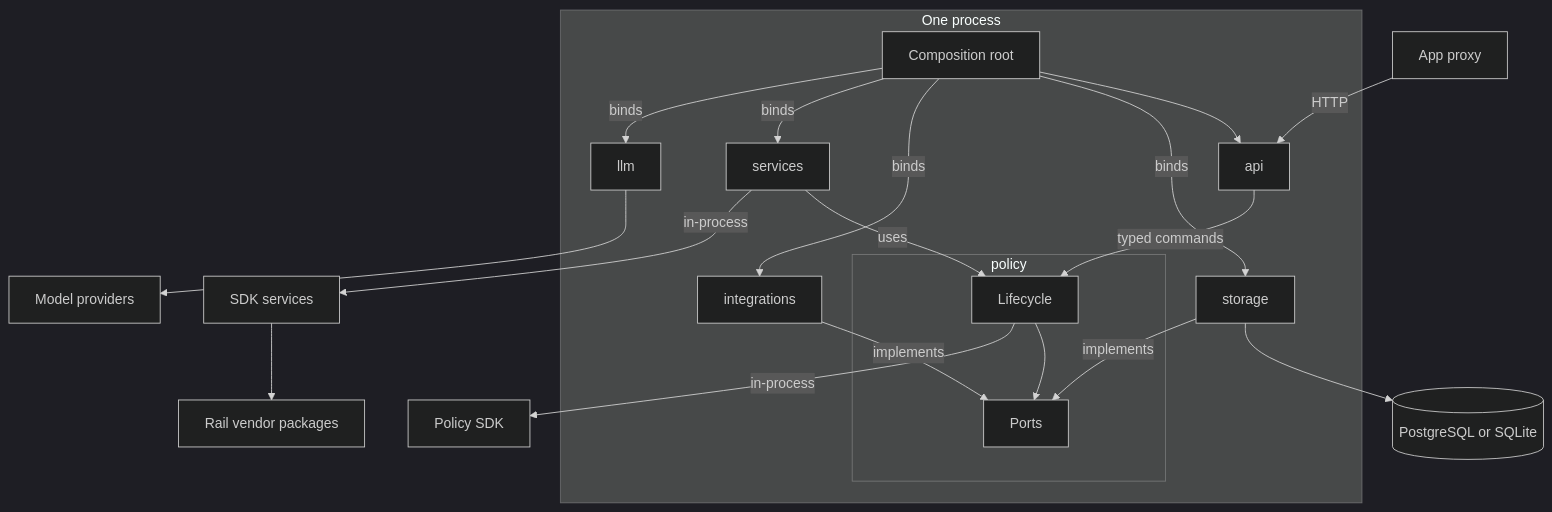
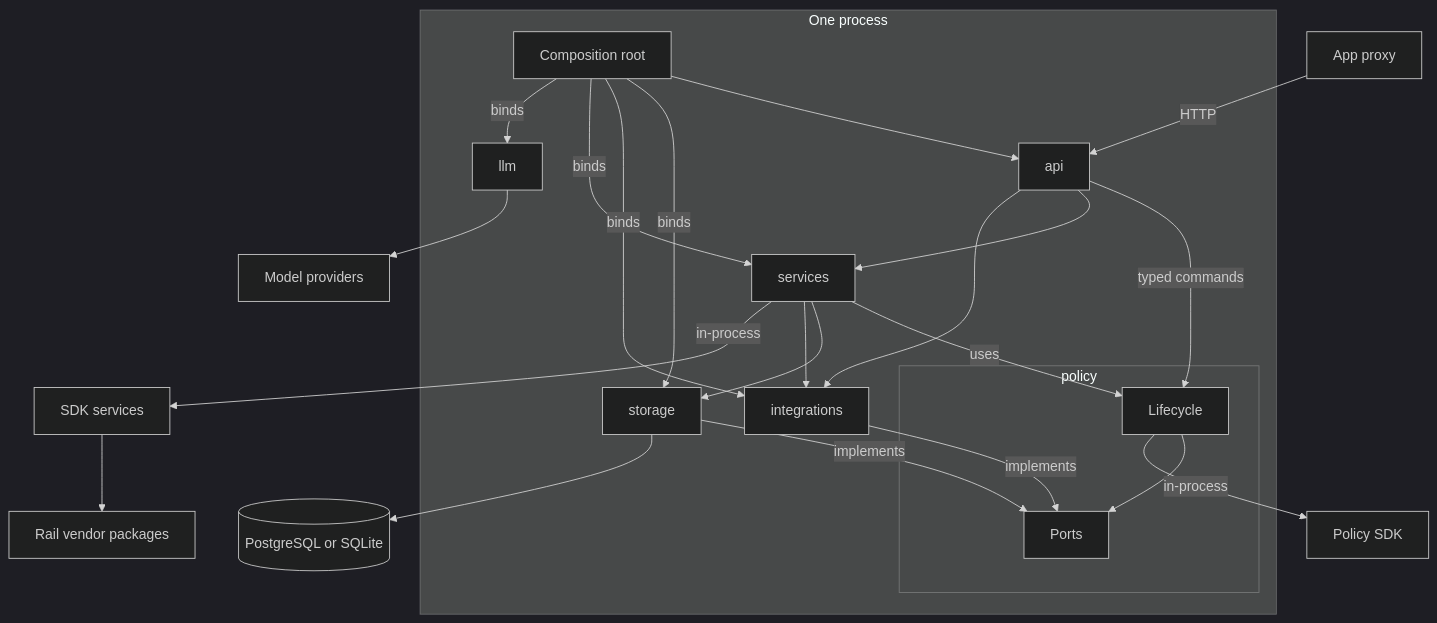
One commit to AllowIt-hq/Colosseum changed the second of 4 diagrams in docs/architecture.md. Above: the diagram before and after it, drawn with Mermaid (dark theme). The commit also changed other lines of this file and 4 other files, not shown here.

Commit message:
Refine architecture wording against pinned sources

````diff
--- a/docs/architecture.md
+++ b/docs/architecture.md
@@ -48,31 +48,35 @@
 ```mermaid
 flowchart TB
     subgraph Server[One process]
         Root[Composition root]
         API[api]
         subgraph Policy[policy]
             Core[Lifecycle]
             Ports[Ports]
         end
         Svc[services]
         Store[storage]
         IO[integrations]
         LLM[llm]
     end
     Proxy[App proxy] -->|HTTP| API
     Root --> API
     Root -->|binds| Store
     Root -->|binds| IO
     Root -->|binds| Svc
     Root -->|binds| LLM
     API -->|typed commands| Core
+    API --> Svc
+    API --> IO
     Core --> Ports
     Store -->|implements| Ports
     IO -->|implements| Ports
     Svc -->|uses| Core
+    Svc --> Store
+    Svc --> IO
     Core -->|in-process| SDK[Policy SDK]
     Svc -->|in-process| Facade[SDK services]
     Facade --> Vendors[Rail vendor packages]
     Store --> DB[(PostgreSQL or SQLite)]
     LLM --> Models[Model providers]
 ```
````
